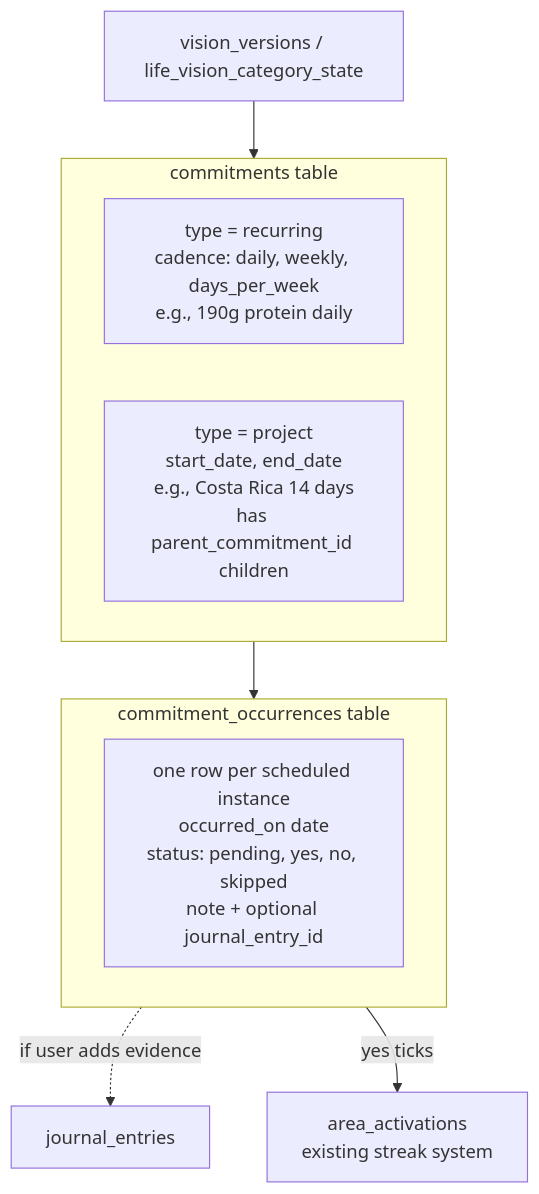
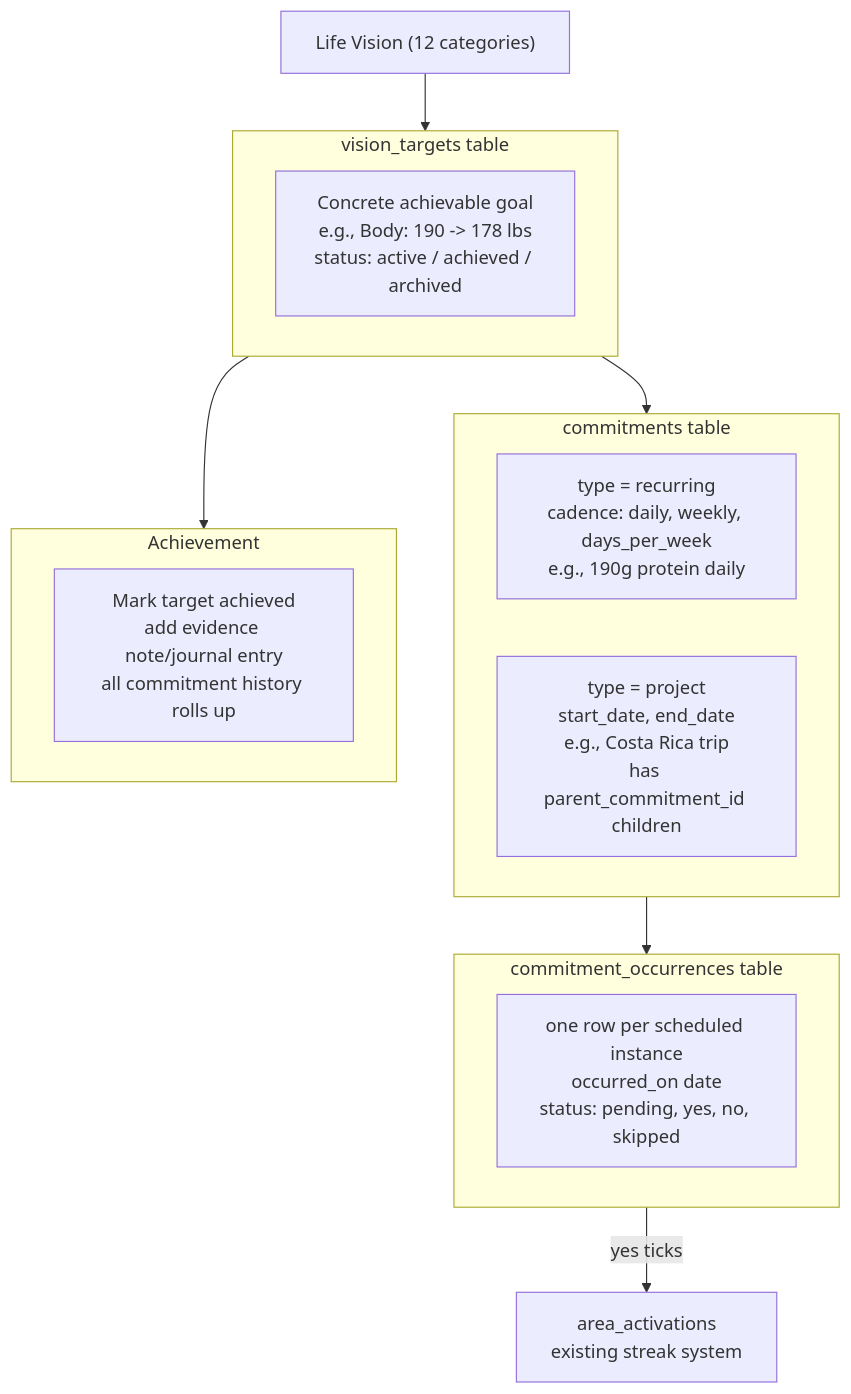
One commit to JBuck1223/vibrationfit changed the second of 3 diagrams in .cursor/plans/map_v2_living_vision_9f5b5804.plan.md. Above: the diagram before and after it, drawn with Mermaid. The commit also changed other lines of this file and 31 other files, not shown here.

First line of the commit message:
Add Living the Vision MAP v2: targets, commitments, occurrences, and weekly digest

````diff
--- a/.cursor/plans/map_v2_living_vision_9f5b5804.plan.md
+++ b/.cursor/plans/map_v2_living_vision_9f5b5804.plan.md
@@ -81,18 +180,27 @@
 ```mermaid
 flowchart TD
-    Vision[vision_versions / life_vision_category_state]
+    LV["Life Vision (12 categories)"]
+    
+    subgraph targets [vision_targets table]
+        VT["Concrete achievable goal<br/>e.g., Body: 190 -> 178 lbs<br/>status: active / achieved / archived"]
+    end
     
     subgraph commitments [commitments table]
         Recurring["type = recurring<br/>cadence: daily, weekly, days_per_week<br/>e.g., 190g protein daily"]
-        Project["type = project<br/>start_date, end_date<br/>e.g., Costa Rica 14 days<br/>has parent_commitment_id children"]
+        Project["type = project<br/>start_date, end_date<br/>e.g., Costa Rica trip<br/>has parent_commitment_id children"]
     end
     
     subgraph occurrences [commitment_occurrences table]
-        Occ["one row per scheduled instance<br/>occurred_on date<br/>status: pending, yes, no, skipped<br/>note + optional journal_entry_id"]
+        Occ["one row per scheduled instance<br/>occurred_on date<br/>status: pending, yes, no, skipped"]
     end
     
-    Vision --> commitments
+    subgraph achievement [Achievement]
+        Done["Mark target achieved<br/>add evidence note/journal entry<br/>all commitment history rolls up"]
+    end
+    
+    LV --> targets
+    targets --> commitments
     commitments --> occurrences
-    occurrences -.->|"if user adds evidence"| journal[journal_entries]
     occurrences -->|"yes ticks"| area[area_activations<br/>existing streak system]
+    targets --> achievement
 ```
````
